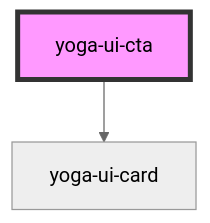
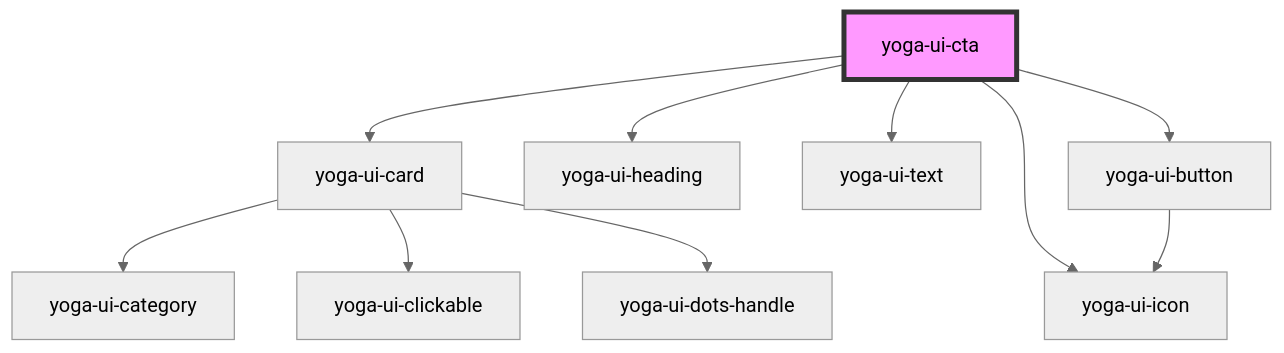
The diagram in src/components/yoga-ui-cta/readme.md (daphnesmit/yoga-ui), drawn with Mermaid (neutral theme) before and after one commit. The commit also changed other lines of this file and 38 other files, not shown here.

````diff
--- a/src/components/yoga-ui-cta/readme.md
+++ b/src/components/yoga-ui-cta/readme.md
@@ -15,5 +26,13 @@
 ```mermaid
 graph TD;
   yoga-ui-cta --> yoga-ui-card
+  yoga-ui-cta --> yoga-ui-icon
+  yoga-ui-cta --> yoga-ui-heading
+  yoga-ui-cta --> yoga-ui-text
+  yoga-ui-cta --> yoga-ui-button
+  yoga-ui-card --> yoga-ui-category
+  yoga-ui-card --> yoga-ui-clickable
+  yoga-ui-card --> yoga-ui-dots-handle
+  yoga-ui-button --> yoga-ui-icon
   style yoga-ui-cta fill:#f9f,stroke:#333,stroke-width:4px
 ```
````
